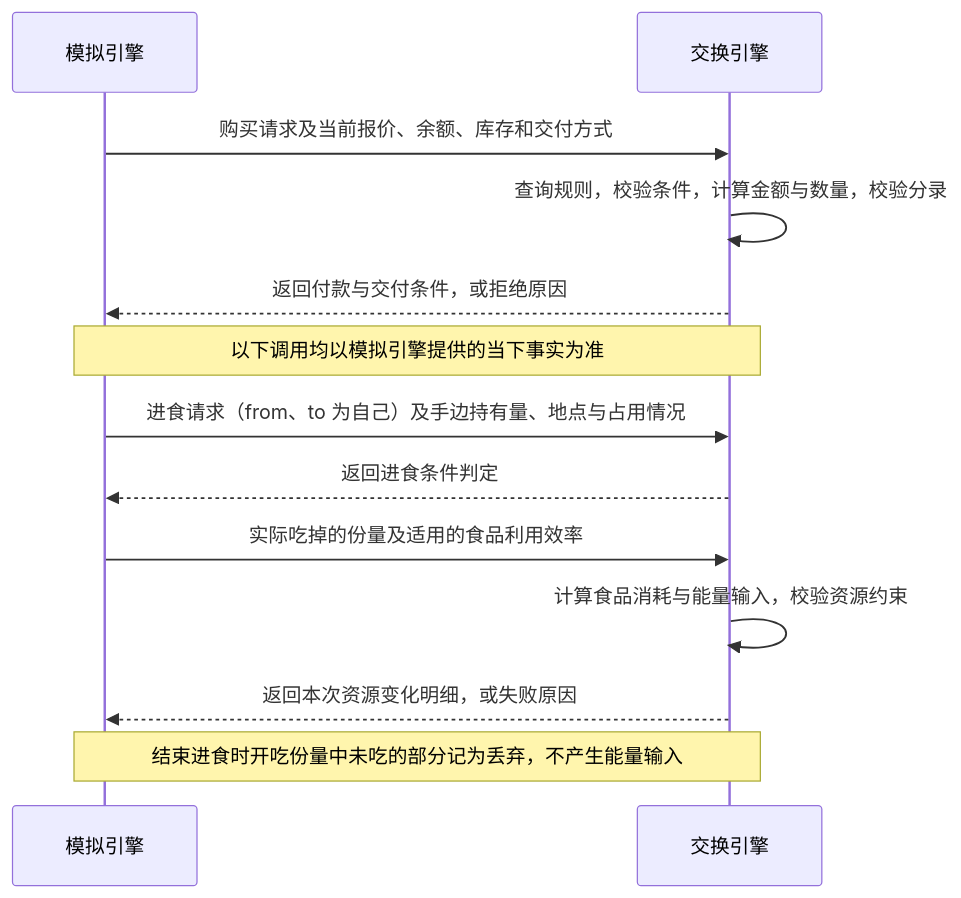
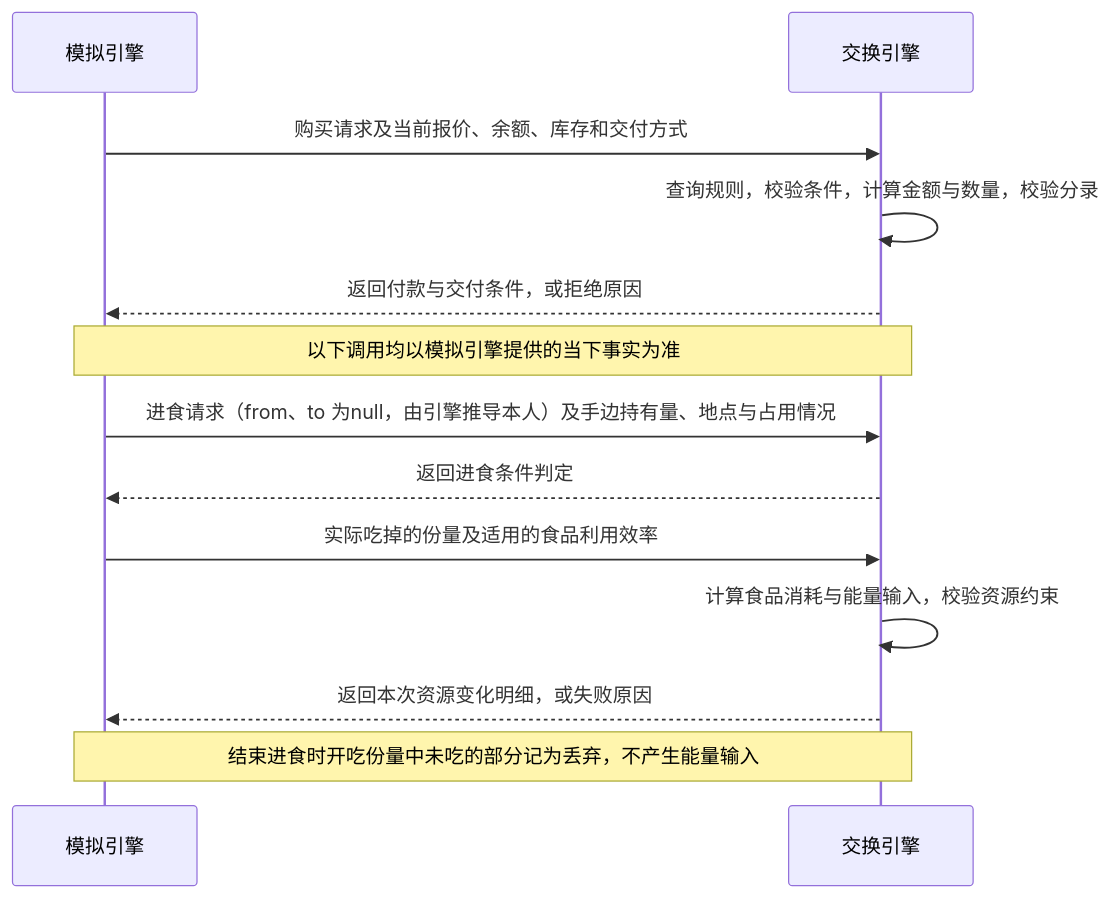
Before and after one commit to HoldThatThgt/WorldMock: the fifth of 6 diagrams in docs/design/02-exchange-engine.md, drawn with Mermaid. The commit also changed other lines of this file and 266 other files, not shown here.

````diff
--- a/docs/design/02-exchange-engine.md
+++ b/docs/design/02-exchange-engine.md
@@ -326,15 +345,15 @@
 ```mermaid
 sequenceDiagram
     participant S as 模拟引擎
     participant X as 交换引擎
     S->>X: 购买请求及当前报价、余额、库存和交付方式
     X->>X: 查询规则，校验条件，计算金额与数量，校验分录
     X-->>S: 返回付款与交付条件，或拒绝原因
     Note over S,X: 以下调用均以模拟引擎提供的当下事实为准
-    S->>X: 进食请求（from、to 为自己）及手边持有量、地点与占用情况
+    S->>X: 进食请求（from、to 为null，由引擎推导本人）及手边持有量、地点与占用情况
     X-->>S: 返回进食条件判定
     S->>X: 实际吃掉的份量及适用的食品利用效率
     X->>X: 计算食品消耗与能量输入，校验资源约束
     X-->>S: 返回本次资源变化明细，或失败原因
     Note over S,X: 结束进食时开吃份量中未吃的部分记为丢弃，不产生能量输入
 ```
````
